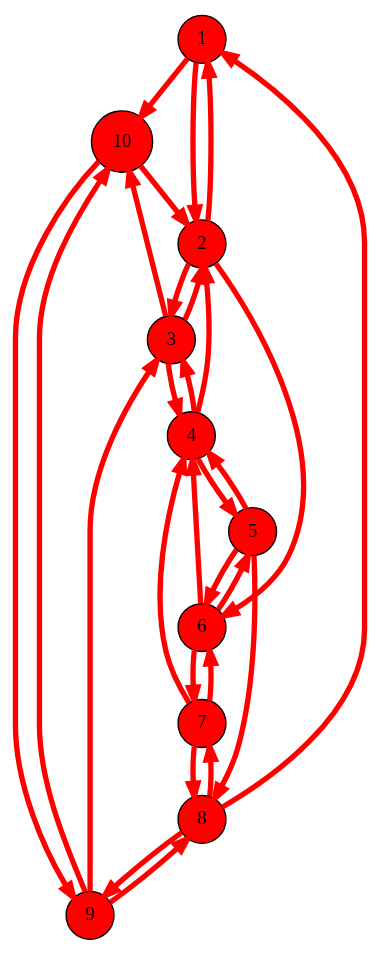
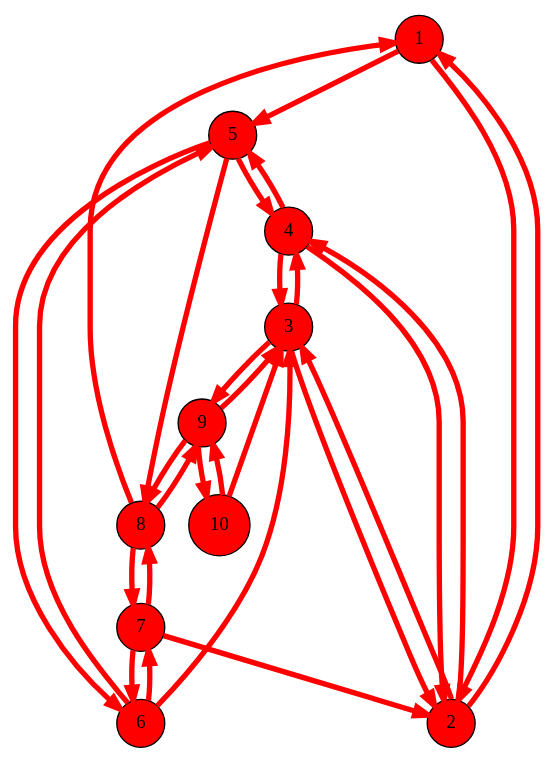
The diagram in graph/graph.dot (RafaelBrandaoBastos/ElixirGraph), drawn with Graphviz before and after one commit. The commit also changed 4 other files, not shown here.

```diff
--- a/graph/graph.dot
+++ b/graph/graph.dot
@@ -1,40 +1,40 @@
 digraph G {
 1 [label="1", fillcolor="red", style="filled", shape="circle"];
-  1 -> 10[penwidth=4][color=red];
+  1 -> 5[penwidth=4][color=red];
   1 -> 2[penwidth=4][color=red];
   2 [label="2", fillcolor="red", style="filled", shape="circle"];
-  2 -> 6[penwidth=4][color=red];
+  2 -> 4[penwidth=4][color=red];
   2 -> 3[penwidth=4][color=red];
   2 -> 1[penwidth=4][color=red];
   3 [label="3", fillcolor="red", style="filled", shape="circle"];
-  3 -> 10[penwidth=4][color=red];
+  3 -> 9[penwidth=4][color=red];
   3 -> 4[penwidth=4][color=red];
   3 -> 2[penwidth=4][color=red];
   4 [label="4", fillcolor="red", style="filled", shape="circle"];
   4 -> 2[penwidth=4][color=red];
   4 -> 5[penwidth=4][color=red];
   4 -> 3[penwidth=4][color=red];
   5 [label="5", fillcolor="red", style="filled", shape="circle"];
   5 -> 8[penwidth=4][color=red];
   5 -> 6[penwidth=4][color=red];
   5 -> 4[penwidth=4][color=red];
   6 [label="6", fillcolor="red", style="filled", shape="circle"];
-  6 -> 4[penwidth=4][color=red];
+  6 -> 3[penwidth=4][color=red];
   6 -> 7[penwidth=4][color=red];
   6 -> 5[penwidth=4][color=red];
   7 [label="7", fillcolor="red", style="filled", shape="circle"];
-  7 -> 4[penwidth=4][color=red];
+  7 -> 2[penwidth=4][color=red];
   7 -> 8[penwidth=4][color=red];
   7 -> 6[penwidth=4][color=red];
   8 [label="8", fillcolor="red", style="filled", shape="circle"];
   8 -> 1[penwidth=4][color=red];
   8 -> 9[penwidth=4][color=red];
   8 -> 7[penwidth=4][color=red];
   9 [label="9", fillcolor="red", style="filled", shape="circle"];
   9 -> 3[penwidth=4][color=red];
   9 -> 10[penwidth=4][color=red];
   9 -> 8[penwidth=4][color=red];
   10 [label="10", fillcolor="red", style="filled", shape="circle"];
-  10 -> 2[penwidth=4][color=red];
+  10 -> 3[penwidth=4][color=red];
   10 -> 9[penwidth=4][color=red];
 }
```
